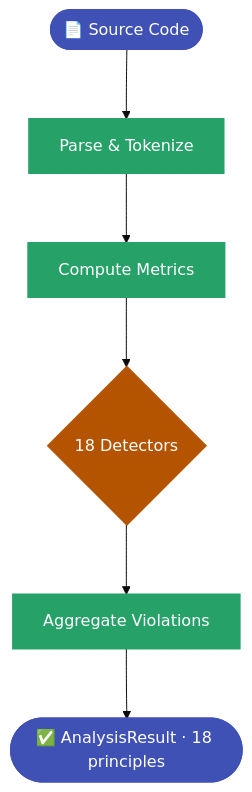
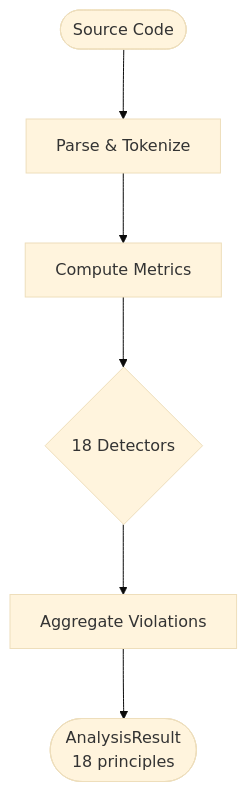
The third of 4 diagrams in docs/user-guide/languages/javascript.md (Anselmoo/mcp-zen-of-languages), drawn with Mermaid before and after one commit. The commit also changed other lines of this file and 18 other files, not shown here.

````diff
--- a/docs/user-guide/languages/javascript.md
+++ b/docs/user-guide/languages/javascript.md
@@ -590,16 +512,9 @@
     ```mermaid
-%%{init: {"theme": "base", "flowchart": {"useMaxWidth": false, "htmlLabels": true, "nodeSpacing": 50, "rankSpacing": 70}}}%%
+    %%{init: {"theme": "base", "flowchart": {"useMaxWidth": false, "htmlLabels": true, "nodeSpacing": 50, "rankSpacing": 70}}}%%
     flowchart TD
-    Source(["📄 Source Code"]) --> Parse["Parse & Tokenize"]
+    Source(["Source Code"]) --> Parse["Parse & Tokenize"]
     Parse --> Metrics["Compute Metrics"]
     Metrics --> Pipeline{"18 Detectors"}
     Pipeline --> Collect["Aggregate Violations"]
-    Collect --> Result(["✅ AnalysisResult · 18 principles"])
-
-    classDef io fill:#4051b5,color:#ffffff,stroke:#4051b5,stroke-width:2px
-    classDef process fill:#26a269,color:#ffffff,stroke:#26a269,stroke-width:2px
-    classDef decision fill:#b55400,color:#ffffff,stroke:#b55400,stroke-width:2px
-    class Source,Result io
-    class Parse,Metrics,Collect process
-    class Pipeline decision
+    Collect --> Result(["AnalysisResult<br/>18 principles"])
     ```
````
